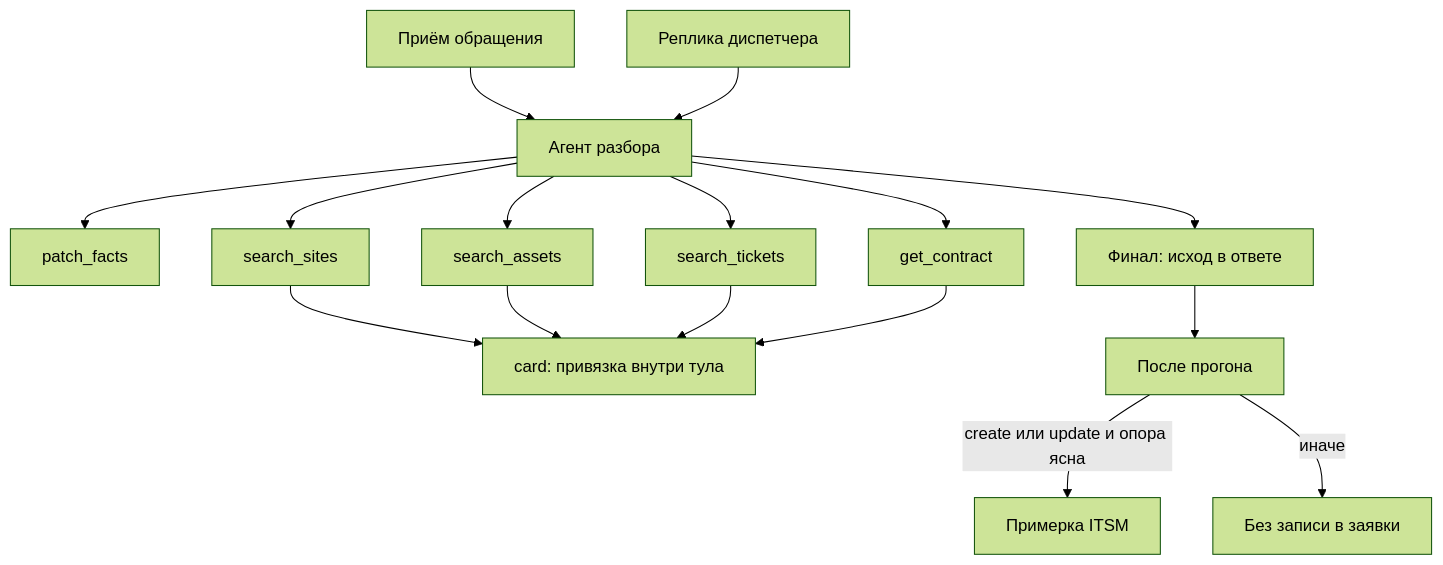
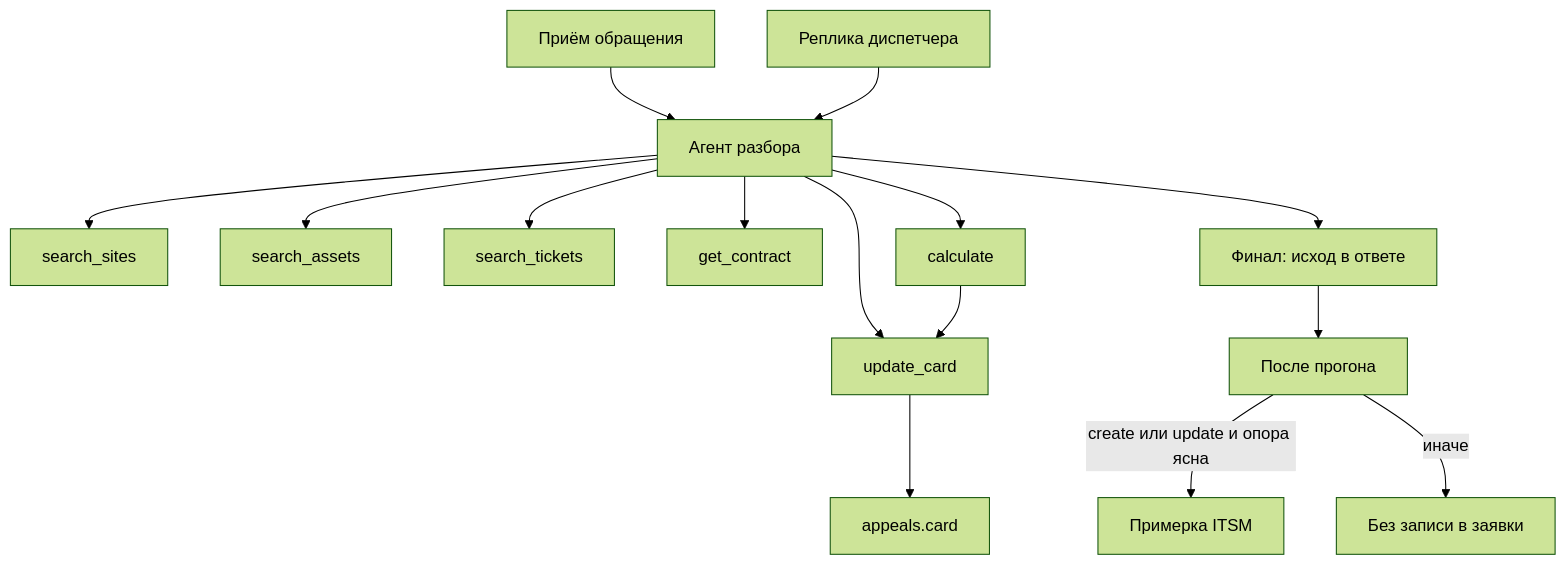
The diagram in docs/requirements/severholod/harness.md (smirnoff-ai/jo-selectel-ai-solution-architect), drawn with Mermaid (forest theme) before and after one commit. The commit also changed other lines of this file and 87 other files, not shown here.

Commit message:
feat(agent): close sprint 07 live window and card loop (#7)

````diff
--- a/docs/requirements/severholod/harness.md
+++ b/docs/requirements/severholod/harness.md
@@ -32,18 +32,17 @@
 ```mermaid
 flowchart TB
   Intake[Приём обращения] --> Agent[Агент разбора]
   Disp[Реплика диспетчера] --> Agent
-  Agent --> Patch[patch_facts]
+  Agent --> Write[update_card]
   Agent --> Sites[search_sites]
   Agent --> Assets[search_assets]
   Agent --> Tickets[search_tickets]
   Agent --> Contract[get_contract]
-  Sites --> CardDoc[card: привязка внутри тула]
-  Assets --> CardDoc
-  Tickets --> CardDoc
-  Contract --> CardDoc
+  Agent --> Calc[calculate]
+  Write --> CardDoc[appeals.card]
+  Calc --> Write
   Agent --> Final[Финал: исход в ответе]
   Final --> After[После прогона]
   After -->|create или update и опора ясна| DryRun[Примерка ITSM]
   After -->|иначе| Stop[Без записи в заявки]
 ```
````
